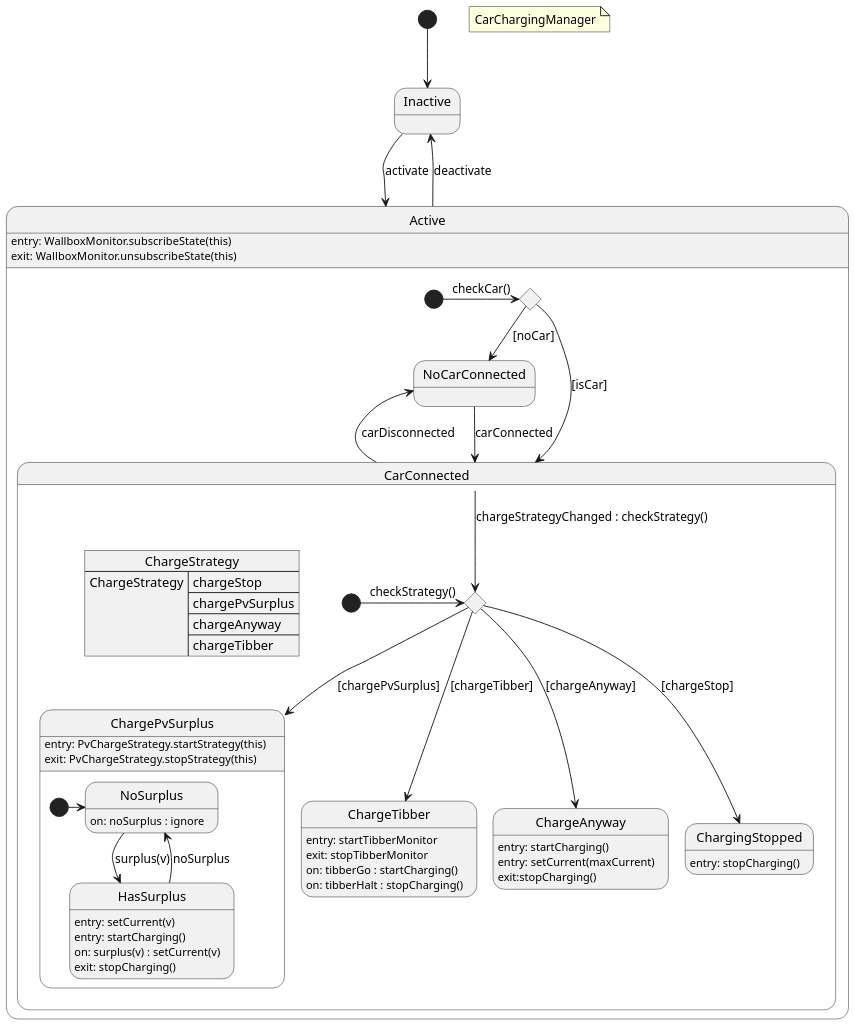
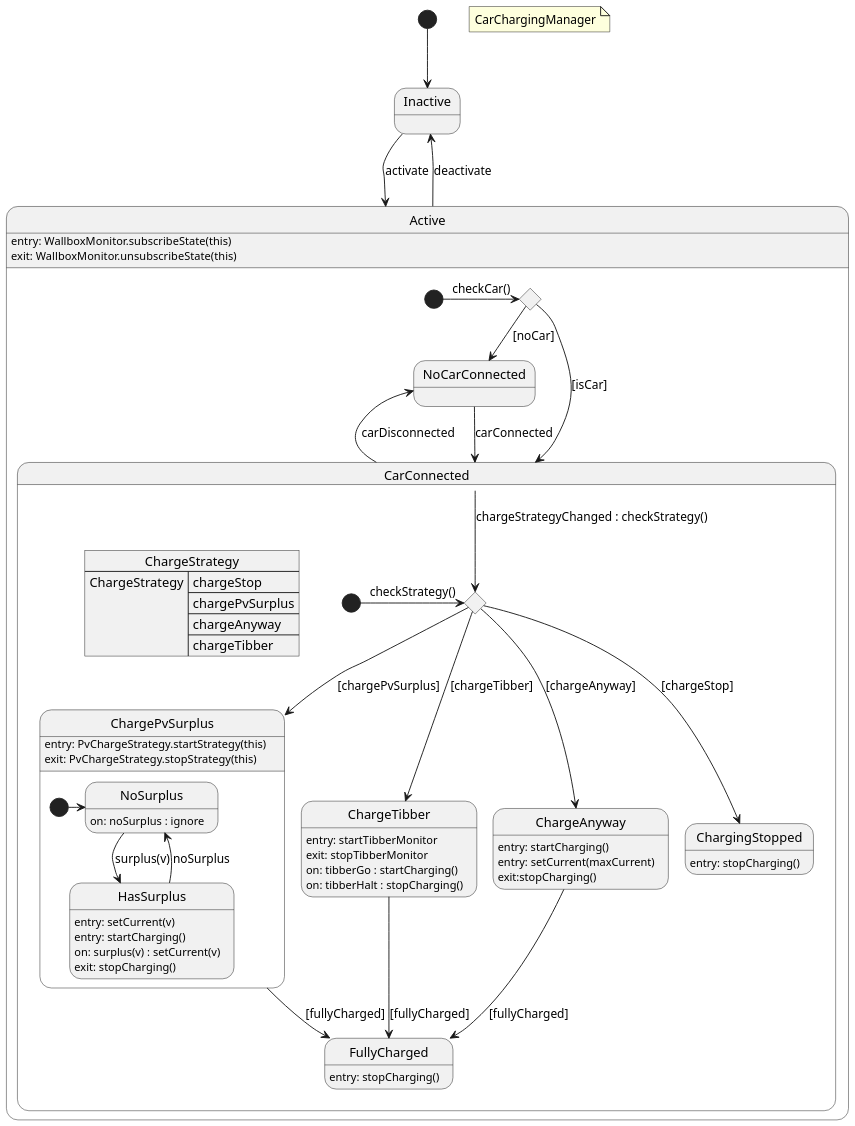
One commit to geobe/energyControl changed the diagram in src/main/groovy/de/geobe/energy/automation/CarChargingManager.puml. Above: the diagram before and after it, drawn with PlantUML. The commit also changed 10 other files, not shown here.

```diff
--- a/src/main/groovy/de/geobe/energy/automation/CarChargingManager.puml
+++ b/src/main/groovy/de/geobe/energy/automation/CarChargingManager.puml
@@ -1,89 +1,95 @@
 @startuml
 'https://plantuml.com/state-diagram
 
 scale 1400 width
 
 [*] -down-> iact
 
 state "Inactive" as iact
 state "Active" as act {
 
 
     state "checkCar" as ccc <<choice>>
     [*] -right-> ccc : checkCar()
 
     act: entry: WallboxMonitor.subscribeState(this)
     act: exit: WallboxMonitor.unsubscribeState(this)
 
     state "NoCarConnected" as nocl {
 '      nocl: entry: cancelCharging()
     }
 
     state "CarConnected" as cl {
 '      cl: entry: getChargeStrategy()
 
       json ChargeStrategy {
         "ChargeStrategy": ["chargeStop", "chargePvSurplus", "chargeAnyway", "chargeTibber"]
       }
 
        state "selectStrategy" as sst <<choice>>
        [*] -right-> sst : checkStrategy()
 
       state "ChargePvSurplus" as lps {
         lps: entry: PvChargeStrategy.startStrategy(this)
         lps: exit: PvChargeStrategy.stopStrategy(this)
 
         state "HasSurplus" as has {
             has: entry: setCurrent(v)
             has: entry: startCharging()
             has: on: surplus(v) : setCurrent(v)
             has: exit: stopCharging()
         }
 
         state "NoSurplus" as nos {
           nos: on: noSurplus : ignore
         }
 
         state lpstart <<start>>
       }
       nos -down-> has : surplus(v)
       has -up-> nos : noSurplus
       lpstart -right-> nos
 
       state "ChargeTibber" as lt {
       lt: entry: startTibberMonitor
       lt: exit: stopTibberMonitor
       lt: on: tibberGo : startCharging()
       lt: on: tibberHalt : stopCharging()
       }
 
       state "ChargeAnyway" as la {
         la: entry: startCharging()
         la: entry: setCurrent(maxCurrent)
         la: exit:stopCharging()
       }
 
       state "ChargingStopped" as ls {
         ls: entry: stopCharging()
       }
 
+      state "FullyCharged" as fc
+      fc: entry: stopCharging()
+
       cl --> sst : chargeStrategyChanged : checkStrategy()
       sst --> lps : [chargePvSurplus]
       sst --> ls : [chargeStop]
       sst --> lt : [chargeTibber]
       sst --> la : [chargeAnyway]
+      lps --> fc : [fullyCharged]
+      lt --> fc : [fullyCharged]
+      la --> fc : [fullyCharged]
     }
 
 }
 ccc --> nocl : [noCar]
 ccc --> cl : [isCar]
 cl -up-> nocl : carDisconnected
 
 nocl -down-> cl : carConnected
 iact -down-> act : activate
 act -up-> iact : deactivate
 'act --> ccc : carChange
 
 note "CarChargingManager" as N1
 
 @enduml
```
